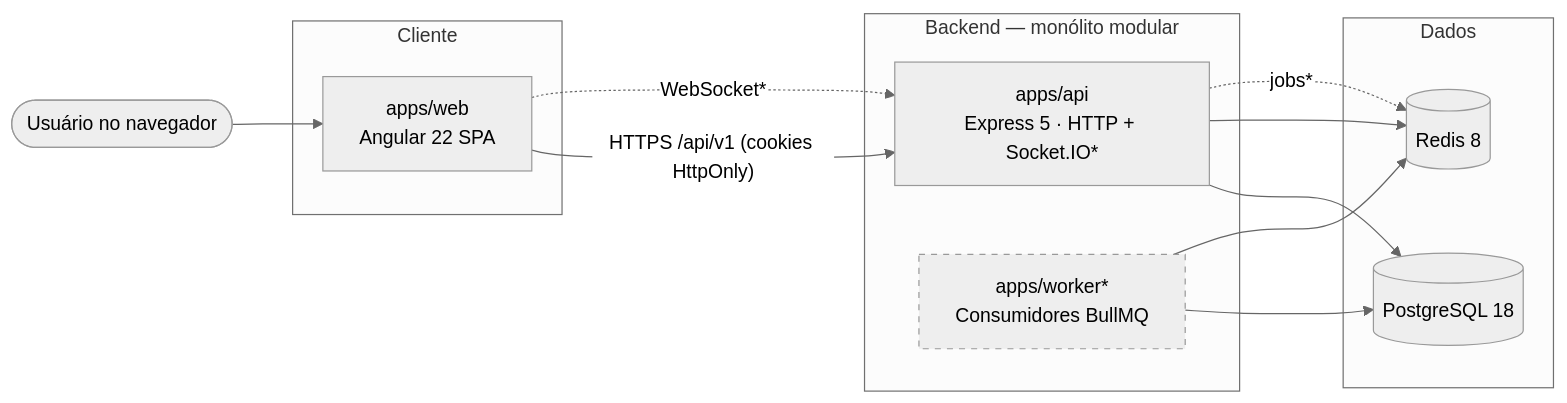
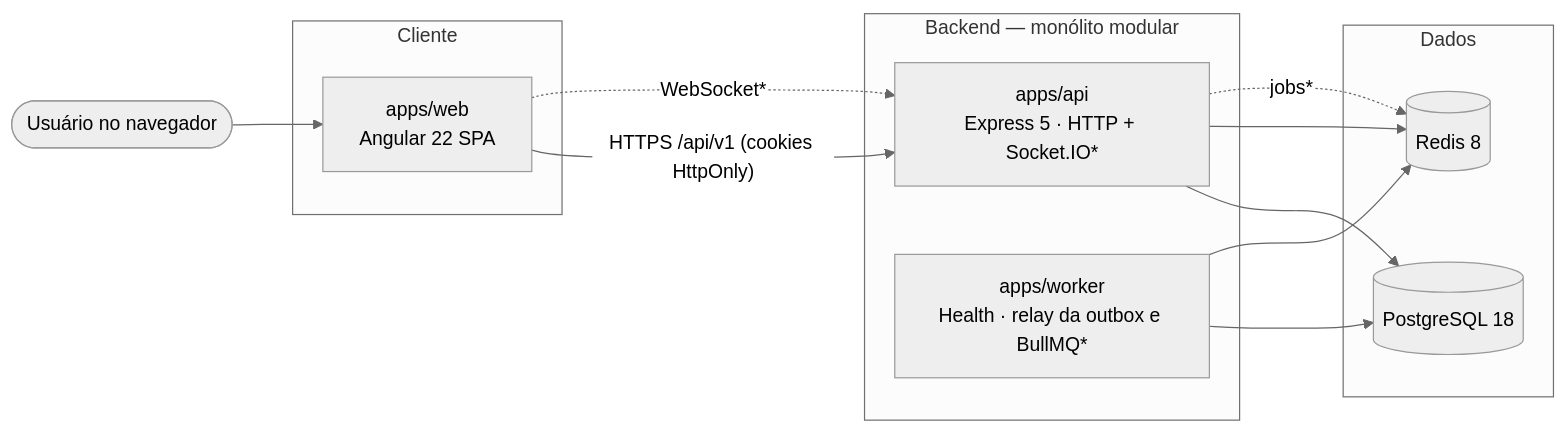
One commit to gutomelo/taskflow changed the first of 2 diagrams in docs/architecture/overview.md. Above: the diagram before and after it, drawn with Mermaid (neutral theme). The commit also changed other lines of this file and 28 other files, not shown here.

First line of the commit message:
feat(worker): implement health checks, graceful shutdown, and configuration management

````diff
--- a/docs/architecture/overview.md
+++ b/docs/architecture/overview.md
@@ -16,30 +16,27 @@
 ```mermaid
 flowchart LR
     user([Usuário no navegador])
 
     subgraph client[Cliente]
         web["apps/web<br/>Angular 22 SPA"]
     end
 
     subgraph server[Backend — monólito modular]
         api["apps/api<br/>Express 5 · HTTP + Socket.IO*"]
-        worker["apps/worker*<br/>Consumidores BullMQ"]
+        worker["apps/worker<br/>Health · relay da outbox e BullMQ*"]
     end
 
     subgraph data[Dados]
         pg[(PostgreSQL 18)]
         redis[(Redis 8)]
     end
 
     user --> web
     web -- "HTTPS /api/v1 (cookies HttpOnly)" --> api
     web -. "WebSocket*" .-> api
     api --> pg
     api --> redis
     worker --> pg
     worker --> redis
     api -. "jobs*" .-> redis
-
-    classDef planned stroke-dasharray: 5 5
-    class worker planned
 ```
````
